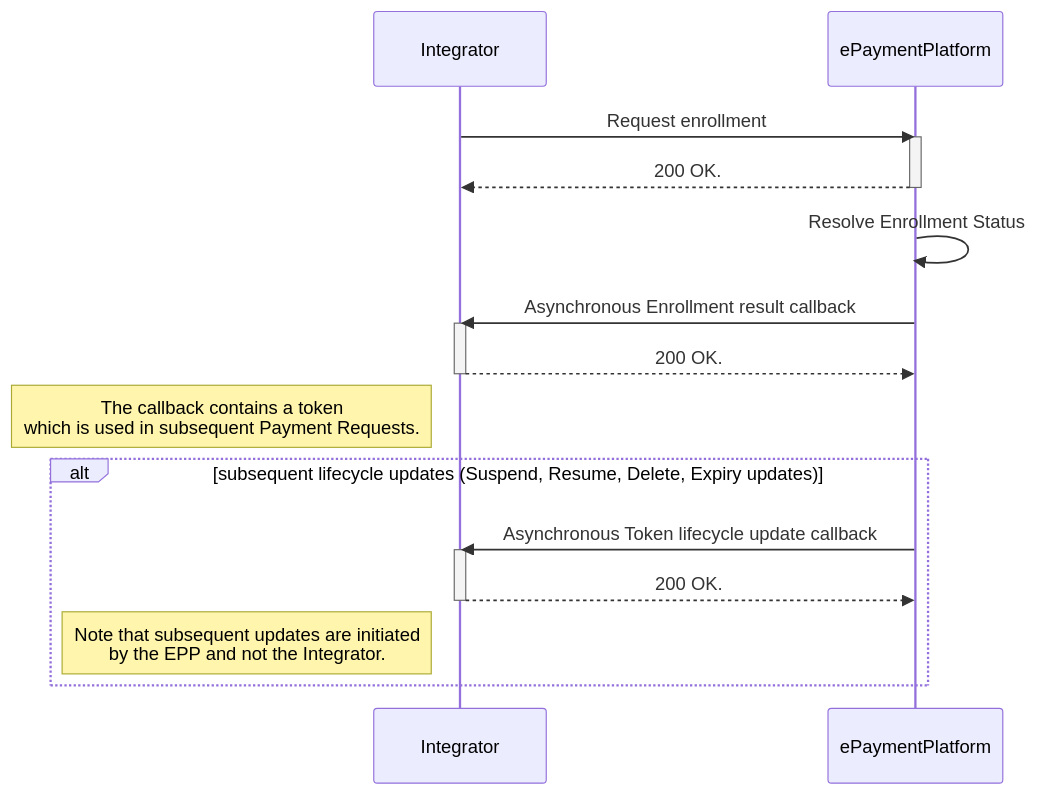
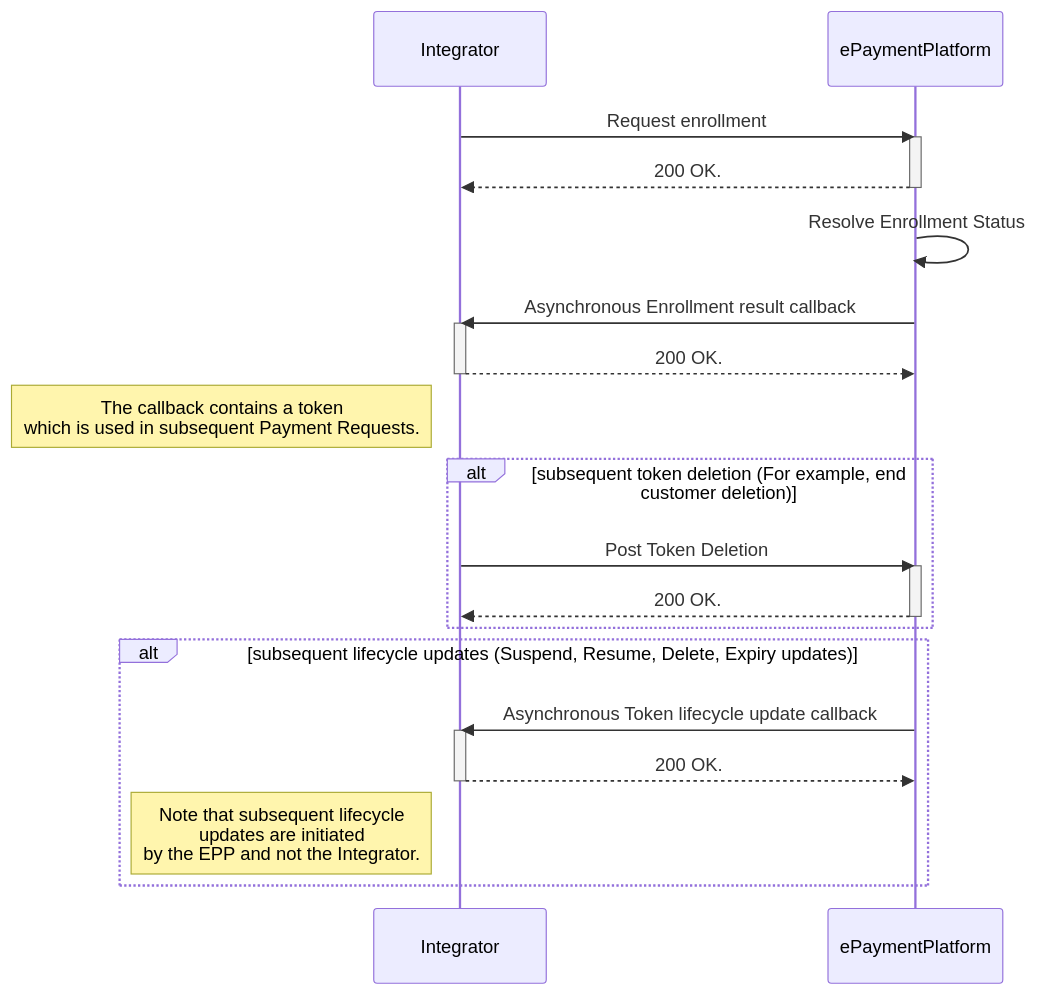
Before and after one commit to BankAxept/bankaxept-epayment-development-kit: the first of 2 diagrams in docs/enrollment_and_payment.md, drawn with Mermaid. The commit also changed other lines of this file and 5 other files, not shown here.

````diff
--- a/docs/enrollment_and_payment.md
+++ b/docs/enrollment_and_payment.md
@@ -31,32 +36,42 @@
 ```mermaid
 sequenceDiagram 
     participant Integrator
     participant ePaymentPlatform
     
     Integrator ->> ePaymentPlatform: Request enrollment
     activate ePaymentPlatform
     ePaymentPlatform-->>Integrator: 200 OK.
     deactivate ePaymentPlatform
     
     ePaymentPlatform->> ePaymentPlatform: Resolve Enrollment Status
     
     ePaymentPlatform->>Integrator: Asynchronous Enrollment result callback
     activate Integrator
     Integrator-->>ePaymentPlatform: 200 OK.
     deactivate Integrator
     note left of Integrator: The callback contains a token <br/> which is used in subsequent Payment Requests.
+
+
+    alt subsequent token deletion (For example, end customer deletion)
+
+        Integrator->>ePaymentPlatform: Post Token Deletion
+        activate ePaymentPlatform
+        ePaymentPlatform-->>Integrator: 200 OK.
+        deactivate ePaymentPlatform
+
+    end
     
     alt subsequent lifecycle updates (Suspend, Resume, Delete, Expiry updates)
     
     ePaymentPlatform->>Integrator: Asynchronous Token lifecycle update callback
     activate Integrator
     Integrator-->>ePaymentPlatform: 200 OK.
     deactivate Integrator
 
 
-    note left of Integrator: Note that subsequent updates are initiated <br/> by the EPP and not the Integrator.
+    note left of Integrator: Note that subsequent lifecycle <br/> updates are initiated <br/> by the EPP and not the Integrator.
 
 
     end
 
 ```
````
